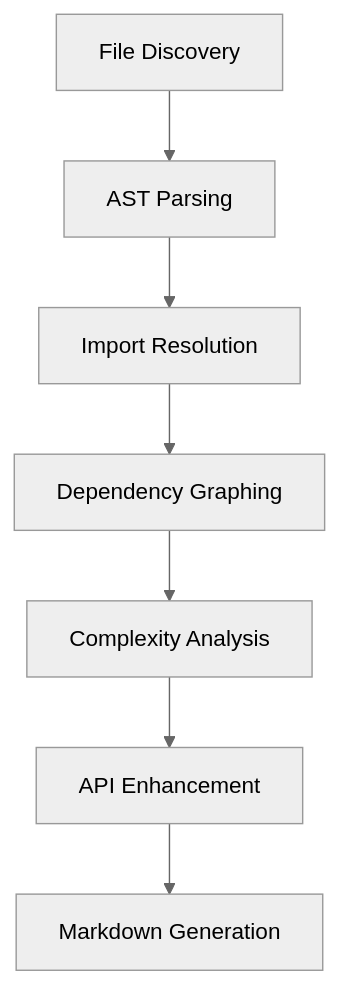
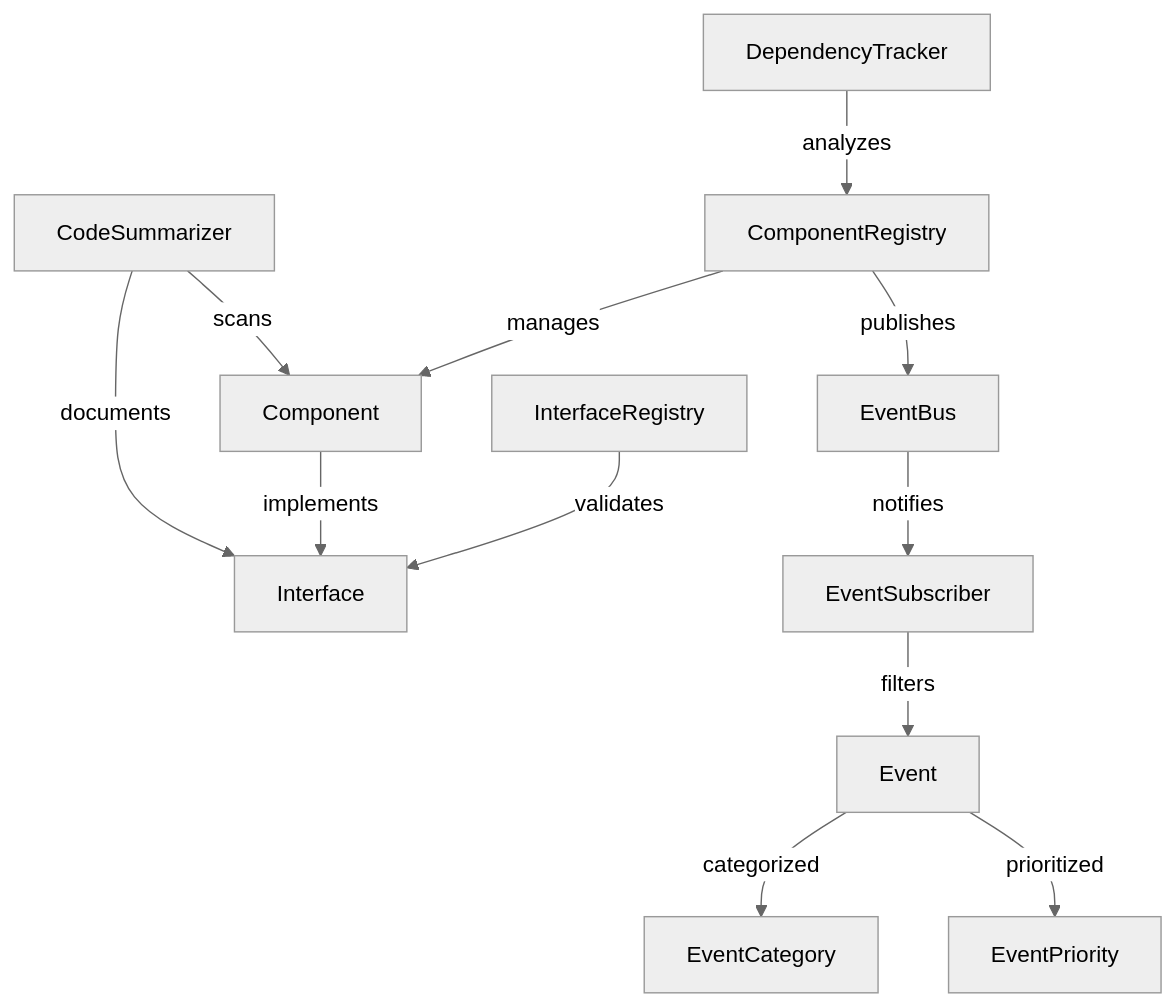
One commit to mohammadtawfik/aerolearn_ai changed the diagram in code_summary.md. Above: the diagram before and after it, drawn with Mermaid (neutral theme). The commit also changed other lines of this file, not shown here.

````diff
--- a/code_summary.md
+++ b/code_summary.md
@@ -619,9 +1057,14 @@
 ```mermaid
 graph TD
-    A[File Discovery] --> B[AST Parsing]
-    B --> C[Import Resolution]
-    C --> D[Dependency Graphing]
-    D --> E[Complexity Analysis]
-    E --> F[API Enhancement]
-    F --> G[Markdown Generation]
+    CR[ComponentRegistry] -- manages --> Component
+    CR -- publishes --> EB[EventBus]
+    IR[InterfaceRegistry] -- validates --> Interface
+    Component -- implements --> Interface
+    DT[DependencyTracker] -- analyzes --> CR
+    EB -- notifies --> ES[EventSubscriber]
+    ES -- filters --> Event
+    Event -- categorized --> EventCategory
+    Event -- prioritized --> EventPriority
+    CodeSummarizer -- scans --> Component
+    CodeSummarizer -- documents --> Interface
 ```
````
